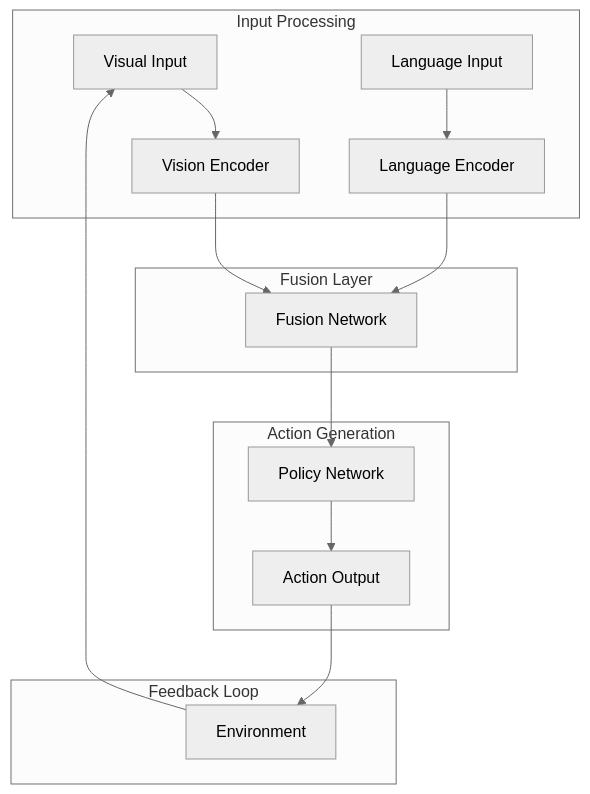
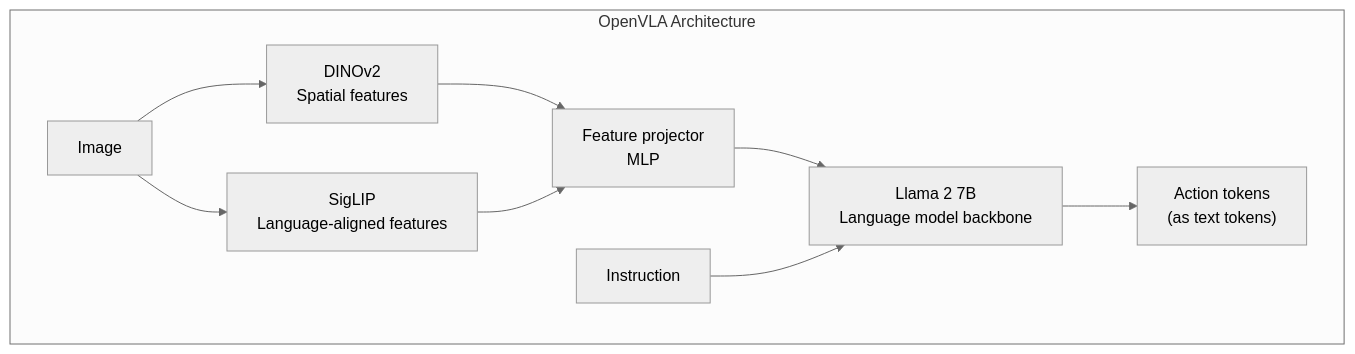
One commit to SheebaZaim/Physical-AI-and-Humanoid-Robtoics changed the third of 5 diagrams in project/frontend/docs/vla/models.md. Above: the diagram before and after it, drawn with Mermaid (neutral theme). The commit also changed other lines of this file and 15 other files, not shown here.

Commit message:
Enrich book content: comprehensive chapters with code, diagrams, images

````diff
--- a/project/frontend/docs/vla/models.md
+++ b/project/frontend/docs/vla/models.md
@@ -12,22 +445,15 @@
-  ```mermaid
-  graph TB
-      subgraph "Input Processing"
-          A[Visual Input] --> A1[Vision Encoder]
-          B[Language Input] --> B1[Language Encoder]
-      end
+```mermaid
+graph TB
+    subgraph "OpenVLA Architecture"
+        Img[Image] --> DINO[DINOv2<br/>Spatial features]
+        Img --> SigLIP[SigLIP<br/>Language-aligned features]
 
-      subgraph "Fusion Layer"
-          A1 --> C[Fusion Network]
-          B1 --> C
-      end
+        DINO --> Proj[Feature projector<br/>MLP]
+        SigLIP --> Proj
 
-      subgraph "Action Generation"
-          C --> D[Policy Network]
-          D --> E[Action Output]
-      end
+        Proj --> LLM[Llama 2 7B<br/>Language model backbone]
+        Text[Instruction] --> LLM
 
-      subgraph "Feedback Loop"
-          E --> F[Environment]
-          F --> A
-      end
-  ```
+        LLM --> Actions["Action tokens<br/>(as text tokens)"]
+    end
+```
````
